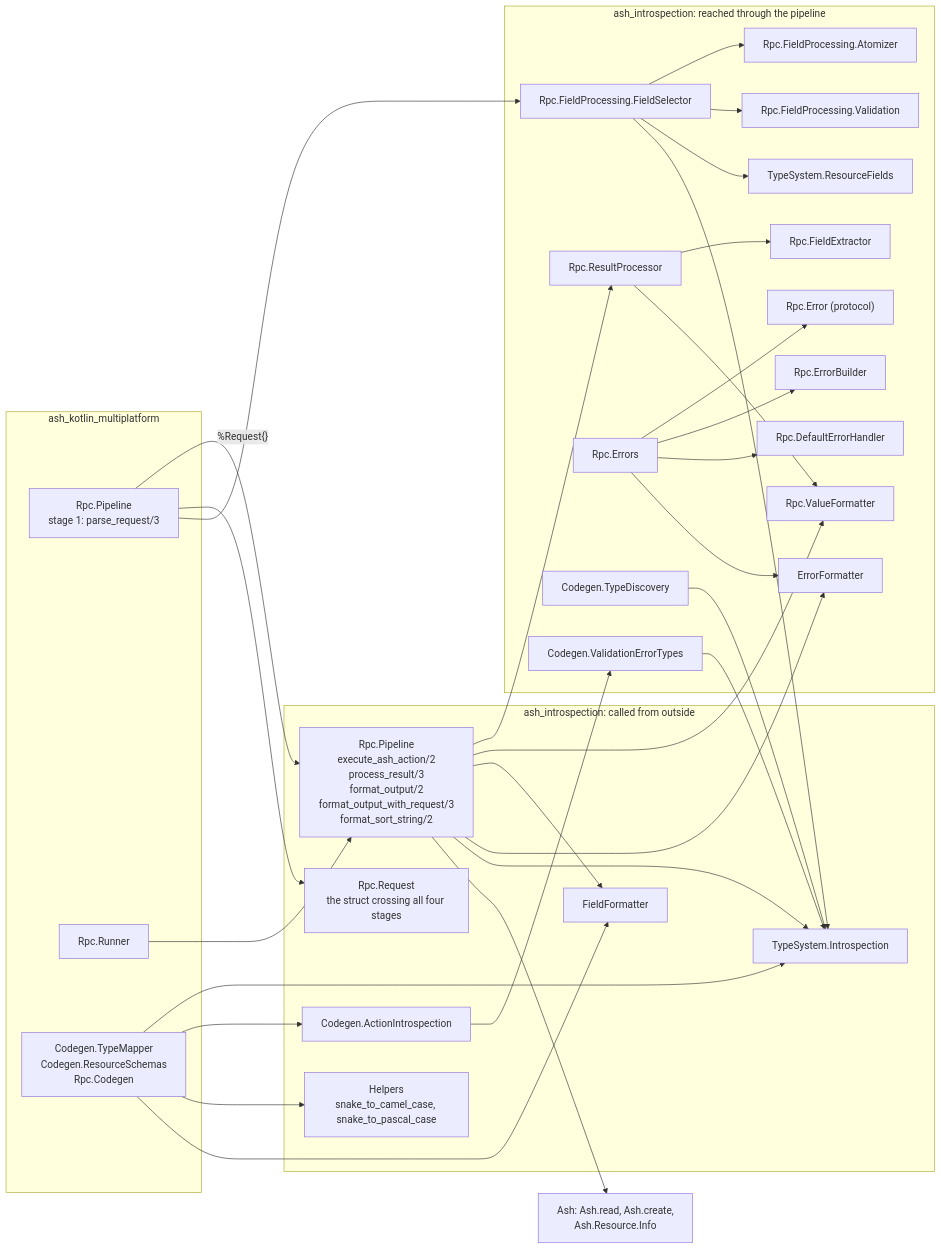
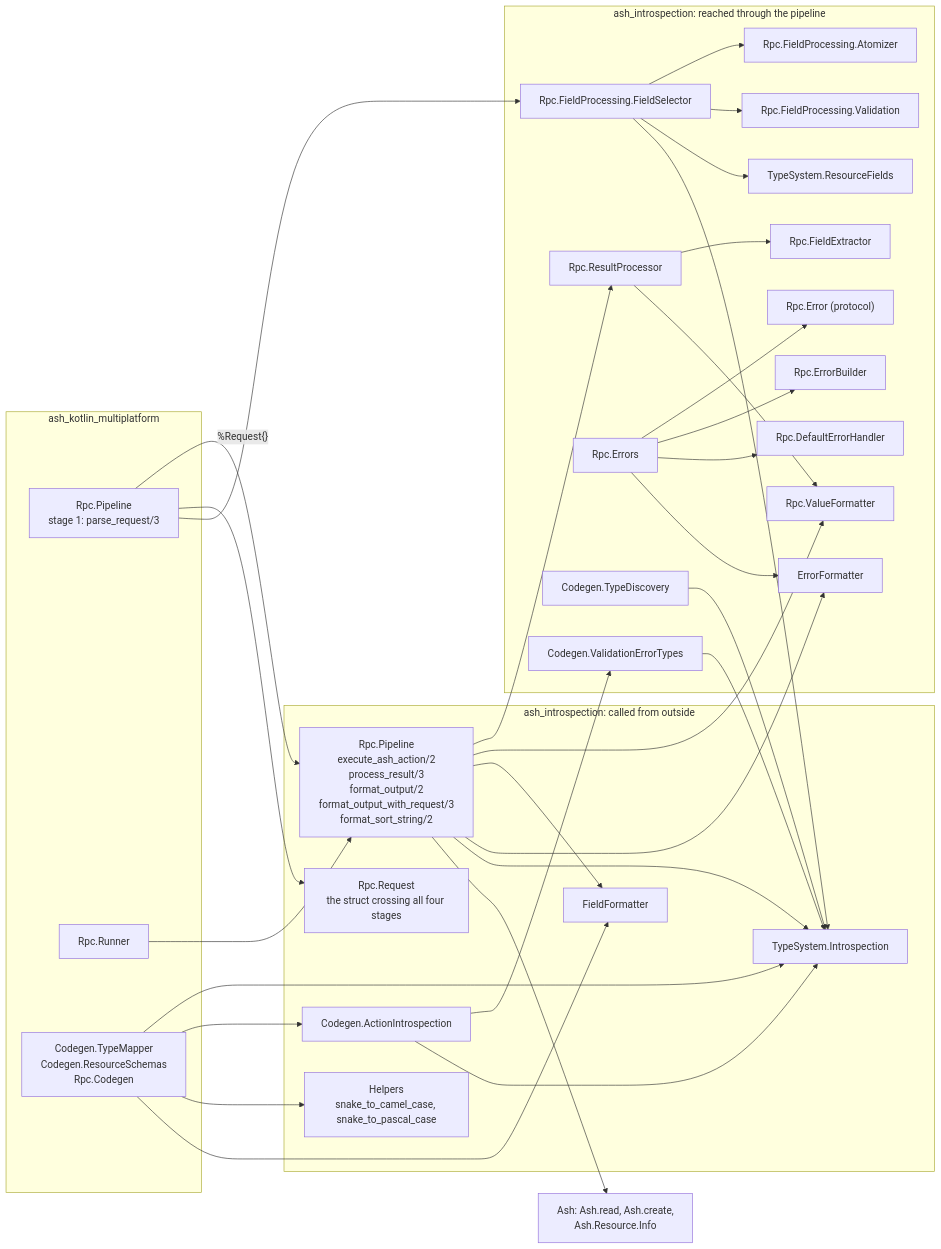
Before and after one commit to udin-io/ash_introspection: the third of 4 diagrams in docs/architecture.md, drawn with Mermaid. The commit also changed 14 other files, not shown here.

````diff
--- a/docs/architecture.md
+++ b/docs/architecture.md
@@ -92,65 +92,66 @@
 ```mermaid
 flowchart LR
     subgraph consumer["ash_kotlin_multiplatform"]
         cpipe["Rpc.Pipeline<br/>stage 1: parse_request/3"]
         crun["Rpc.Runner"]
         ccodegen["Codegen.TypeMapper<br/>Codegen.ResourceSchemas<br/>Rpc.Codegen"]
     end
 
     subgraph public["ash_introspection: called from outside"]
         pipeline["Rpc.Pipeline<br/>execute_ash_action/2<br/>process_result/3<br/>format_output/2<br/>format_output_with_request/3<br/>format_sort_string/2"]
         request["Rpc.Request<br/>the struct crossing all four stages"]
         ff["FieldFormatter"]
         helpers["Helpers<br/>snake_to_camel_case, snake_to_pascal_case"]
         tsi["TypeSystem.Introspection"]
         actint["Codegen.ActionIntrospection"]
     end
 
     subgraph internal["ash_introspection: reached through the pipeline"]
         fsel["Rpc.FieldProcessing.FieldSelector"]
         atomz["Rpc.FieldProcessing.Atomizer"]
         fval["Rpc.FieldProcessing.Validation"]
         rproc["Rpc.ResultProcessor"]
         vfmt["Rpc.ValueFormatter"]
         fext["Rpc.FieldExtractor"]
         errs["Rpc.Errors"]
         errb["Rpc.ErrorBuilder"]
         errp["Rpc.Error (protocol)"]
         errh["Rpc.DefaultErrorHandler"]
         efmt["ErrorFormatter"]
         rfields["TypeSystem.ResourceFields"]
         tdisc["Codegen.TypeDiscovery"]
         vet["Codegen.ValidationErrorTypes"]
     end
 
     ash["Ash: Ash.read, Ash.create,<br/>Ash.Resource.Info"]
 
     cpipe -->|"%Request{}"| pipeline
     cpipe --> request
     cpipe --> fsel
     crun --> pipeline
     ccodegen --> tsi
     ccodegen --> actint
     ccodegen --> helpers
     ccodegen --> ff
 
     pipeline --> rproc
     pipeline --> vfmt
     pipeline --> ff
     pipeline --> efmt
     pipeline --> tsi
     pipeline --> ash
     fsel --> atomz
     fsel --> fval
     fsel --> rfields
     fsel --> tsi
     rproc --> fext
     rproc --> vfmt
     errs --> errp
     errs --> errb
     errs --> errh
     errs --> efmt
     tdisc --> tsi
     vet --> tsi
     actint --> vet
+    actint --> tsi
 ```
````
